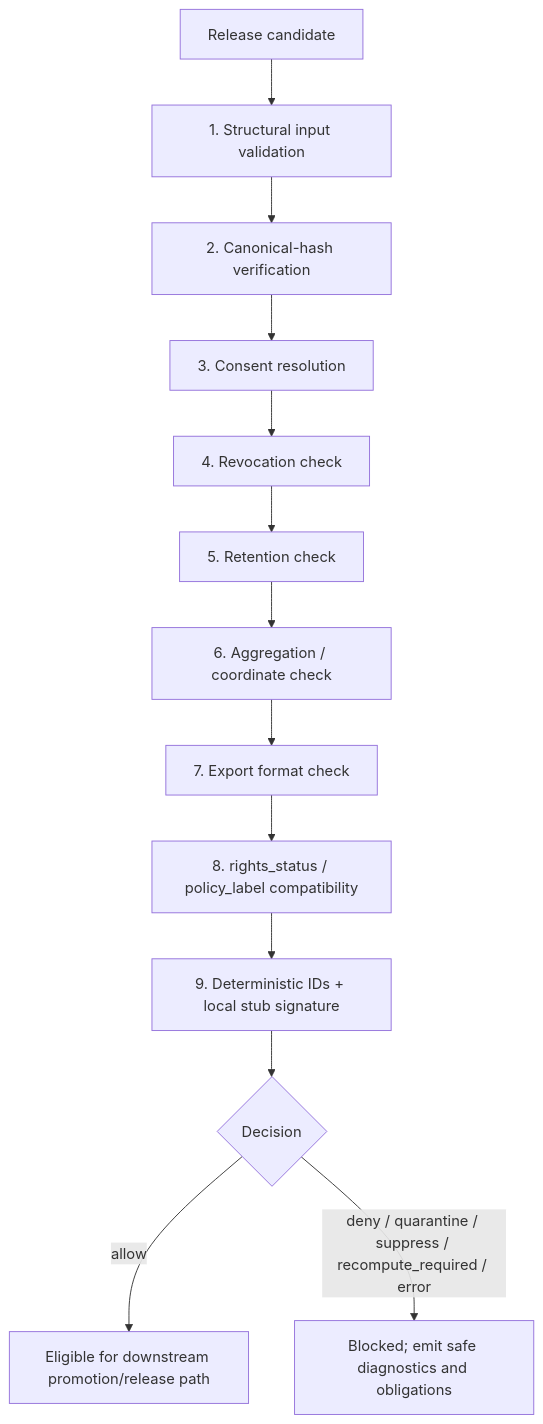
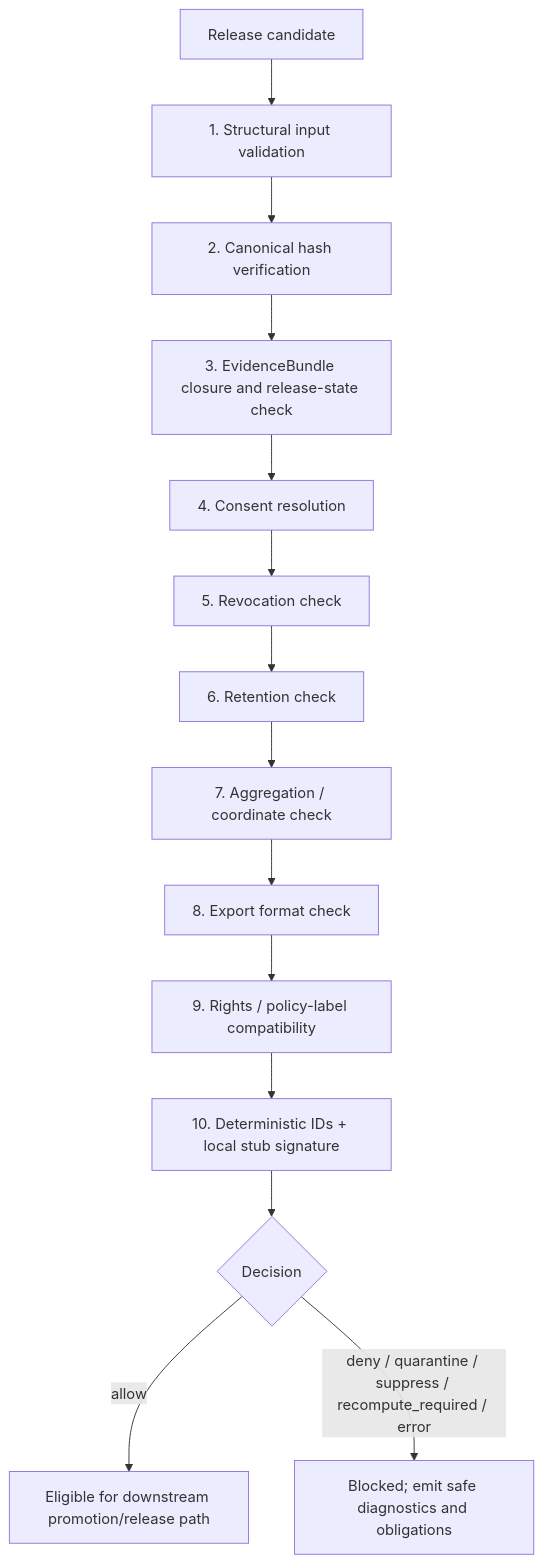
Before and after one commit to bartytime4life/Kansas-Frontier-Matrix: the second of 2 diagrams in docs/adr/ADR-0241-policy-obligation-engine-and-release-gate.md, drawn with Mermaid. The commit also changed other lines of this file, not shown here.

````diff
--- a/docs/adr/ADR-0241-policy-obligation-engine-and-release-gate.md
+++ b/docs/adr/ADR-0241-policy-obligation-engine-and-release-gate.md
@@ -159,15 +256,16 @@
 ```mermaid
 flowchart TD
     A[Release candidate] --> B[1. Structural input validation]
-    B --> C[2. Canonical-hash verification]
-    C --> D[3. Consent resolution]
-    D --> E[4. Revocation check]
-    E --> F[5. Retention check]
-    F --> G[6. Aggregation / coordinate check]
-    G --> H[7. Export format check]
-    H --> I[8. rights_status / policy_label compatibility]
-    I --> J[9. Deterministic IDs + local stub signature]
-    J --> K{Decision}
-    K -->|allow| L[Eligible for downstream promotion/release path]
-    K -->|deny / quarantine / suppress / recompute_required / error| M[Blocked; emit safe diagnostics and obligations]
+    B --> C[2. Canonical hash verification]
+    C --> D[3. EvidenceBundle closure and release-state check]
+    D --> E[4. Consent resolution]
+    E --> F[5. Revocation check]
+    F --> G[6. Retention check]
+    G --> H[7. Aggregation / coordinate check]
+    H --> I[8. Export format check]
+    I --> J[9. Rights / policy-label compatibility]
+    J --> K[10. Deterministic IDs + local stub signature]
+    K --> L{Decision}
+    L -->|allow| M[Eligible for downstream promotion/release path]
+    L -->|deny / quarantine / suppress / recompute_required / error| N[Blocked; emit safe diagnostics and obligations]
 ```
````
